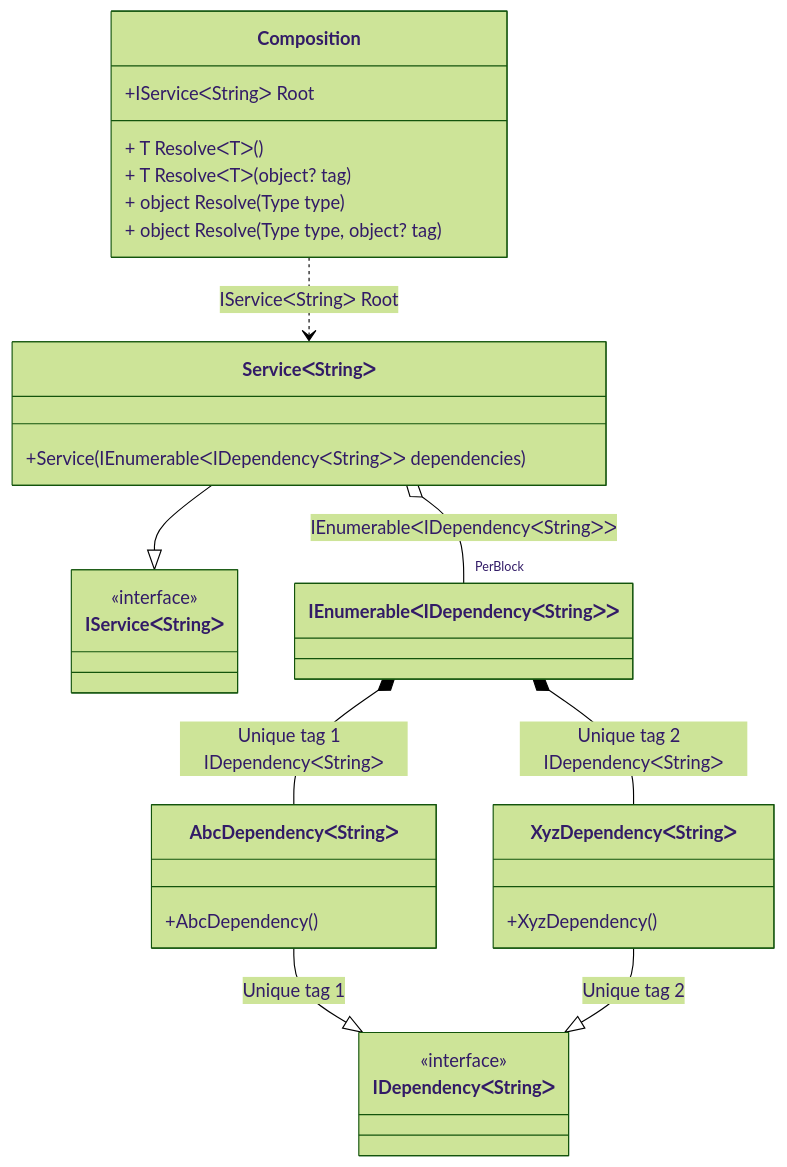
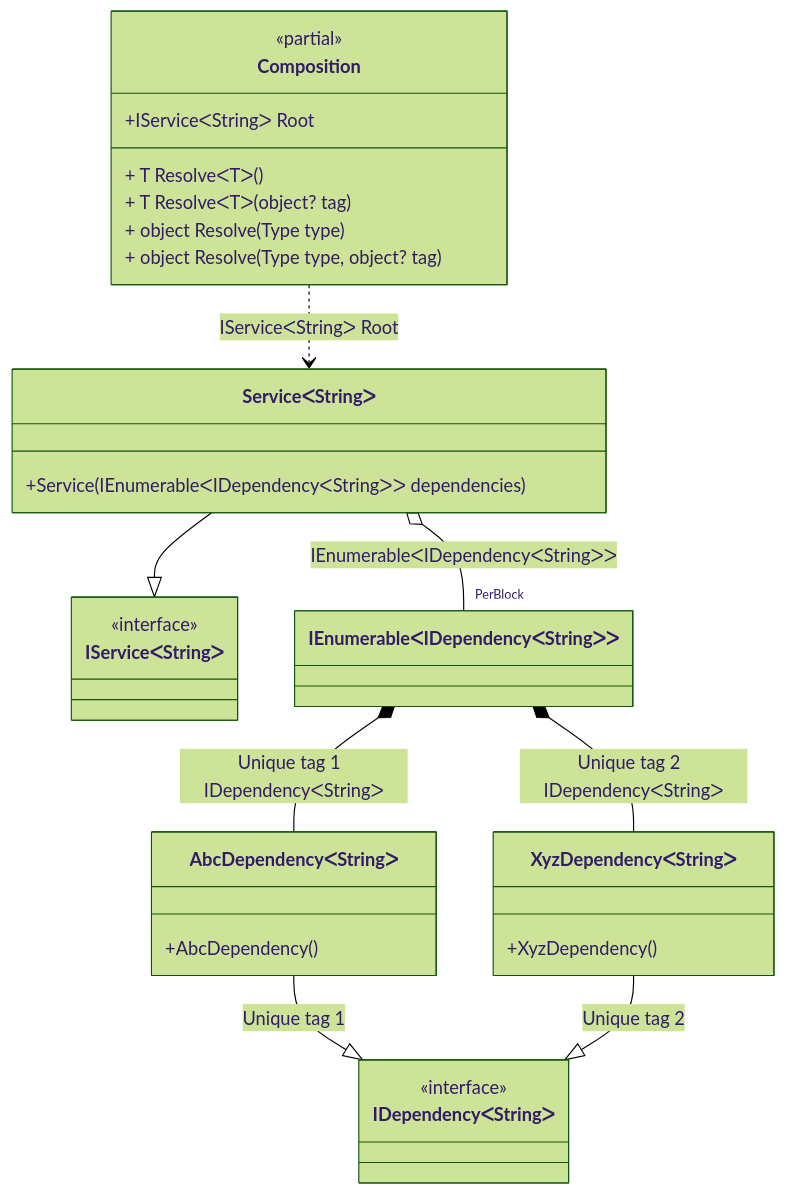
The diagram in readme/tag-unique.md (DevTeam/Pure.DI), drawn with Mermaid (forest theme) before and after one commit. The commit also changed 74 other files, not shown here.

Commit message:
Improved class diagram

````diff
--- a/readme/tag-unique.md
+++ b/readme/tag-unique.md
@@ -41,33 +41,34 @@
 ```mermaid
 classDiagram
 	class Composition {
+		<<partial>>
 		+IServiceᐸStringᐳ Root
 		+ T ResolveᐸTᐳ()
 		+ T ResolveᐸTᐳ(object? tag)
 		+ object Resolve(Type type)
 		+ object Resolve(Type type, object? tag)
 	}
 	ServiceᐸStringᐳ --|> IServiceᐸStringᐳ : 
 	class ServiceᐸStringᐳ {
 		+Service(IEnumerableᐸIDependencyᐸStringᐳᐳ dependencies)
 	}
 	class IEnumerableᐸIDependencyᐸStringᐳᐳ
 	AbcDependencyᐸStringᐳ --|> IDependencyᐸStringᐳ : Unique tag 1 
 	class AbcDependencyᐸStringᐳ {
 		+AbcDependency()
 	}
 	XyzDependencyᐸStringᐳ --|> IDependencyᐸStringᐳ : Unique tag 2 
 	class XyzDependencyᐸStringᐳ {
 		+XyzDependency()
 	}
 	class IServiceᐸStringᐳ {
 		<<interface>>
 	}
 	class IDependencyᐸStringᐳ {
 		<<interface>>
 	}
 	Composition ..> ServiceᐸStringᐳ : IServiceᐸStringᐳ Root
-	ServiceᐸStringᐳ o--  "PerBlock" IEnumerableᐸIDependencyᐸStringᐳᐳ : IEnumerableᐸIDependencyᐸStringᐳᐳ
+	ServiceᐸStringᐳ o-- "PerBlock" IEnumerableᐸIDependencyᐸStringᐳᐳ : IEnumerableᐸIDependencyᐸStringᐳᐳ
 	IEnumerableᐸIDependencyᐸStringᐳᐳ *--  AbcDependencyᐸStringᐳ : Unique tag 1  IDependencyᐸStringᐳ
 	IEnumerableᐸIDependencyᐸStringᐳᐳ *--  XyzDependencyᐸStringᐳ : Unique tag 2  IDependencyᐸStringᐳ
 ```
````
